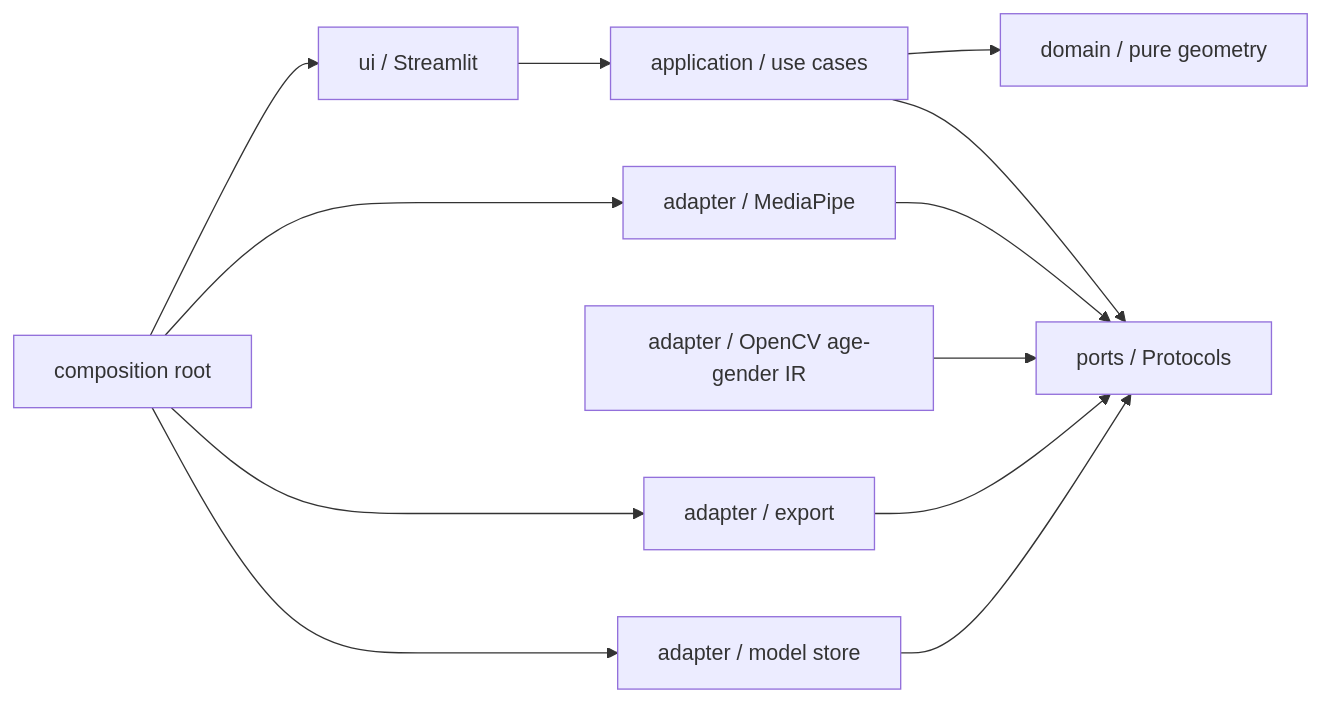
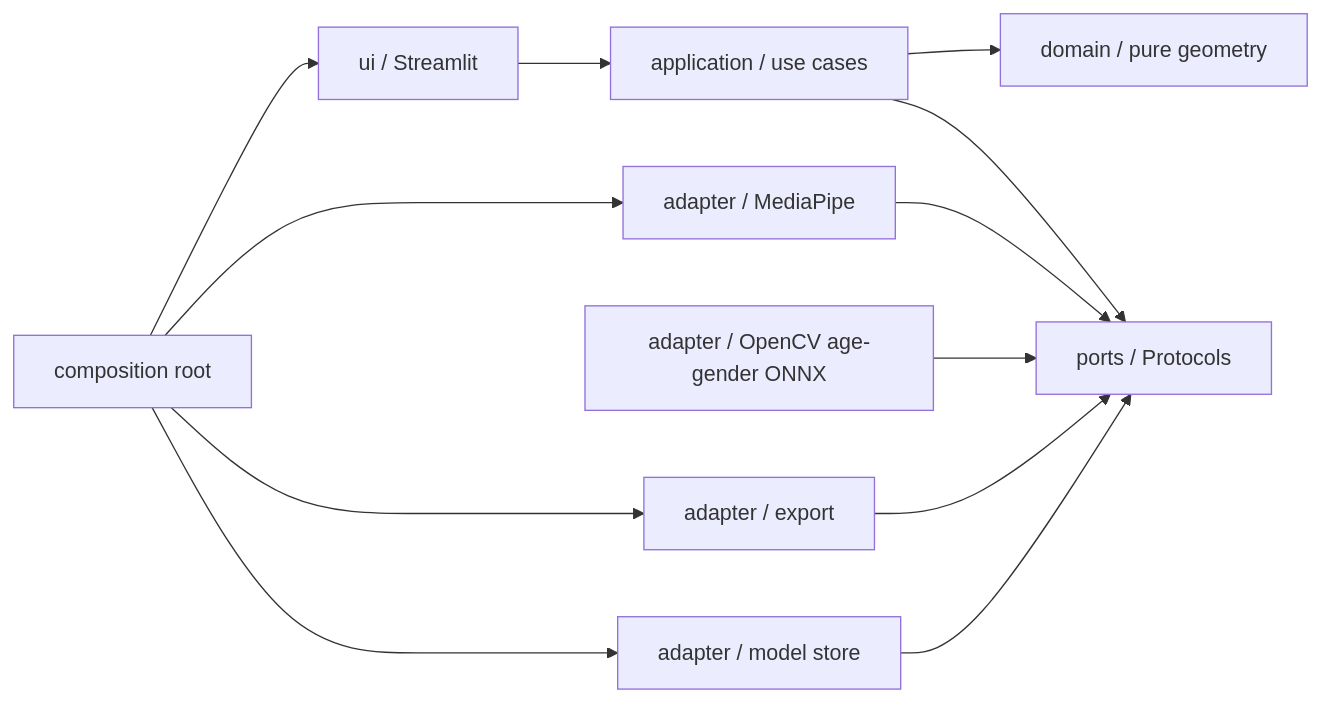
Before and after one commit to m5291091/fece-symmetry-lab: the second of 3 diagrams in requirement.md, drawn with Mermaid. The commit also changed other lines of this file and 18 other files, not shown here.

````diff
--- a/requirement.md
+++ b/requirement.md
@@ -721,14 +722,14 @@
 ```mermaid
 flowchart LR
     UI["ui / Streamlit"] --> APP["application / use cases"]
     APP --> CORE["domain / pure geometry"]
     APP --> PORTS["ports / Protocols"]
     MP["adapter / MediaPipe"] --> PORTS
-    AGE["adapter / OpenCV age-gender IR"] --> PORTS
+    AGE["adapter / OpenCV age-gender ONNX"] --> PORTS
     EX["adapter / export"] --> PORTS
     MS["adapter / model store"] --> PORTS
     BOOT["composition root"] --> UI
     BOOT --> MP
     BOOT --> EX
     BOOT --> MS
 ```
````
